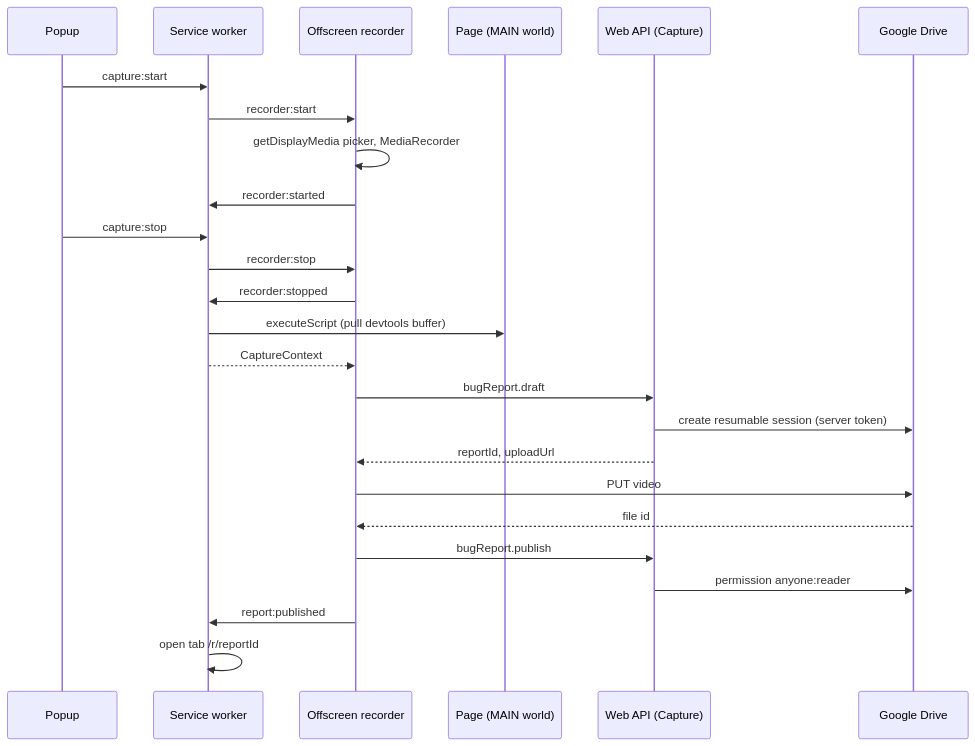
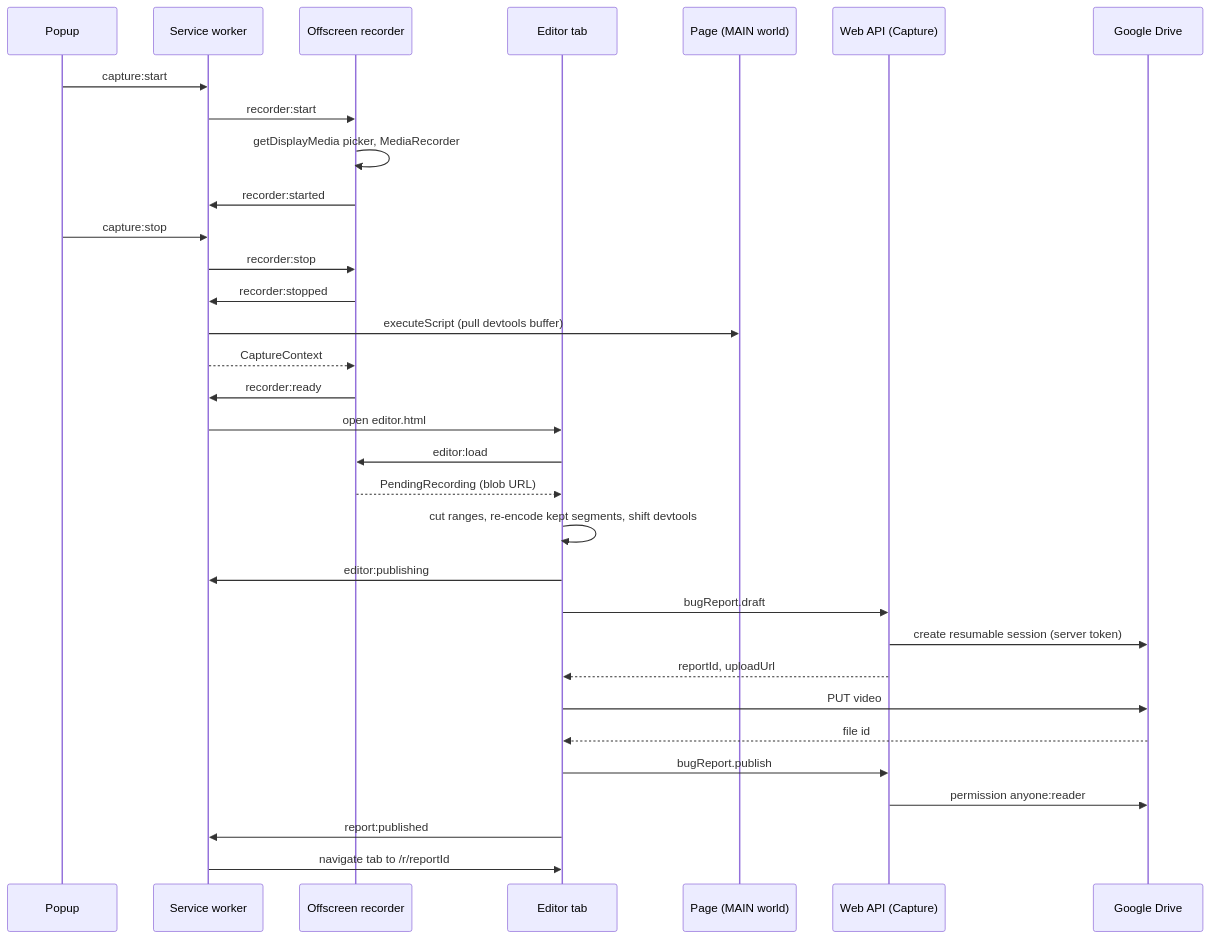
One commit to jirayusueb/zam changed the fifth of 5 diagrams in docs/architecture.md. Above: the diagram before and after it, drawn with Mermaid. The commit also changed other lines of this file and 20 other files, not shown here.

First line of the commit message:
feat(extension): cut ranges out of a recording before upload

````diff
--- a/docs/architecture.md
+++ b/docs/architecture.md
@@ -198,27 +202,34 @@
 ```mermaid
 sequenceDiagram
   participant P as Popup
   participant SW as Service worker
   participant O as Offscreen recorder
+  participant E as Editor tab
   participant T as Page (MAIN world)
   participant API as Web API (Capture)
   participant D as Google Drive
   P->>SW: capture:start
   SW->>O: recorder:start
   O->>O: getDisplayMedia picker, MediaRecorder
   O->>SW: recorder:started
   P->>SW: capture:stop
   SW->>O: recorder:stop
   O->>SW: recorder:stopped
   SW->>T: executeScript (pull devtools buffer)
   SW-->>O: CaptureContext
-  O->>API: bugReport.draft
+  O->>SW: recorder:ready
+  SW->>E: open editor.html
+  E->>O: editor:load
+  O-->>E: PendingRecording (blob URL)
+  E->>E: cut ranges, re-encode kept segments, shift devtools
+  E->>SW: editor:publishing
+  E->>API: bugReport.draft
   API->>D: create resumable session (server token)
-  API-->>O: reportId, uploadUrl
-  O->>D: PUT video
-  D-->>O: file id
-  O->>API: bugReport.publish
+  API-->>E: reportId, uploadUrl
+  E->>D: PUT video
+  D-->>E: file id
+  E->>API: bugReport.publish
   API->>D: permission anyone:reader
-  O->>SW: report:published
-  SW->>SW: open tab /r/reportId
+  E->>SW: report:published
+  SW->>E: navigate tab to /r/reportId
 ```
````
